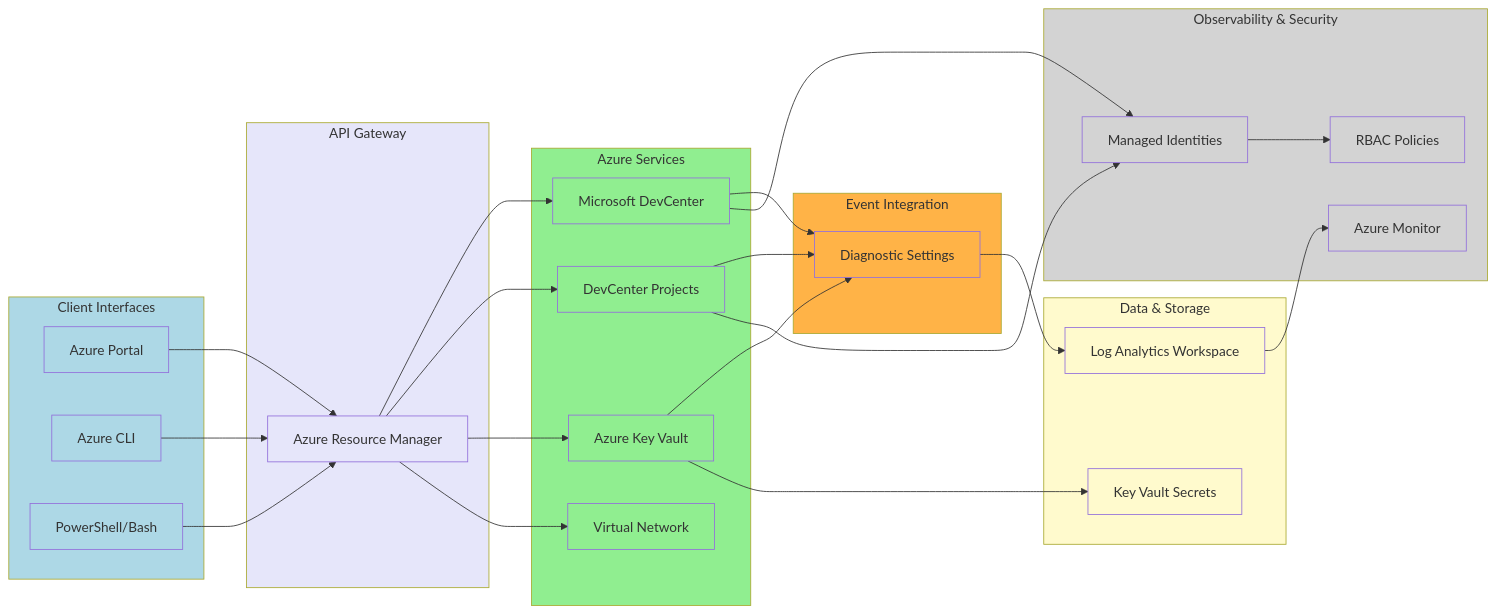
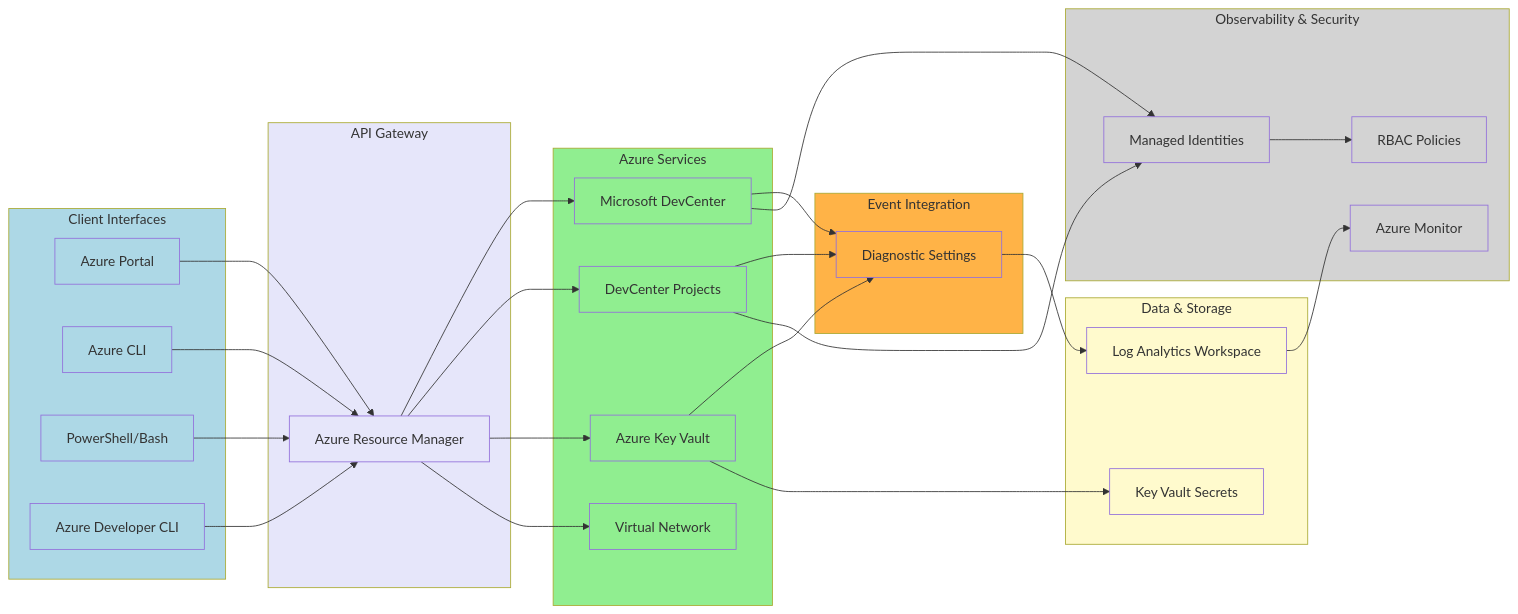
Before and after one commit to Evilazaro/DevExp-DevBox: the fifth of 6 diagrams in README.md, drawn with Mermaid. The commit also changed other lines of this file, not shown here.

````diff
--- a/README.md
+++ b/README.md
@@ -301,76 +395,79 @@
 ```mermaid
 flowchart LR
     subgraph Clients[Client Interfaces]
         CL1[Azure Portal]
         CL2[Azure CLI]
         CL3[PowerShell/Bash]
+        CL4[Azure Developer CLI]
     end
     
     subgraph Gateway[API Gateway]
         GW1[Azure Resource Manager]
     end
     
     subgraph Services[Azure Services]
         SR1[Microsoft DevCenter]
         SR2[DevCenter Projects]
         SR3[Azure Key Vault]
         SR4[Virtual Network]
     end
     
     subgraph EventBus[Event Integration]
         EB1[Diagnostic Settings]
     end
     
     subgraph DataStorage[Data & Storage]
         DS1[Log Analytics Workspace]
         DS2[Key Vault Secrets]
     end
     
     subgraph Observability[Observability & Security]
         OB1[Azure Monitor]
         OB2[RBAC Policies]
         OB3[Managed Identities]
     end
     
     CL1 --> GW1
     CL2 --> GW1
     CL3 --> GW1
+    CL4 --> GW1
     
     GW1 --> SR1
     GW1 --> SR2
     GW1 --> SR3
     GW1 --> SR4
     
     SR1 --> EB1
     SR2 --> EB1
     SR3 --> EB1
     
     EB1 --> DS1
     SR3 --> DS2
     
     DS1 --> OB1
     SR1 --> OB3
     SR2 --> OB3
     OB3 --> OB2
     
     style Clients fill:#ADD8E6
     style Gateway fill:#E6E6FA
     style Services fill:#90EE90
     style EventBus fill:#FFB347
     style DataStorage fill:#FFFACD
     style Observability fill:#D3D3D3
     style CL1 fill:#ADD8E6
     style CL2 fill:#ADD8E6
     style CL3 fill:#ADD8E6
+    style CL4 fill:#ADD8E6
     style GW1 fill:#E6E6FA
     style SR1 fill:#90EE90
     style SR2 fill:#90EE90
     style SR3 fill:#90EE90
     style SR4 fill:#90EE90
     style EB1 fill:#FFB347
     style DS1 fill:#FFFACD
     style DS2 fill:#FFFACD
     style OB1 fill:#D3D3D3
     style OB2 fill:#D3D3D3
     style OB3 fill:#D3D3D3
 ```
````
